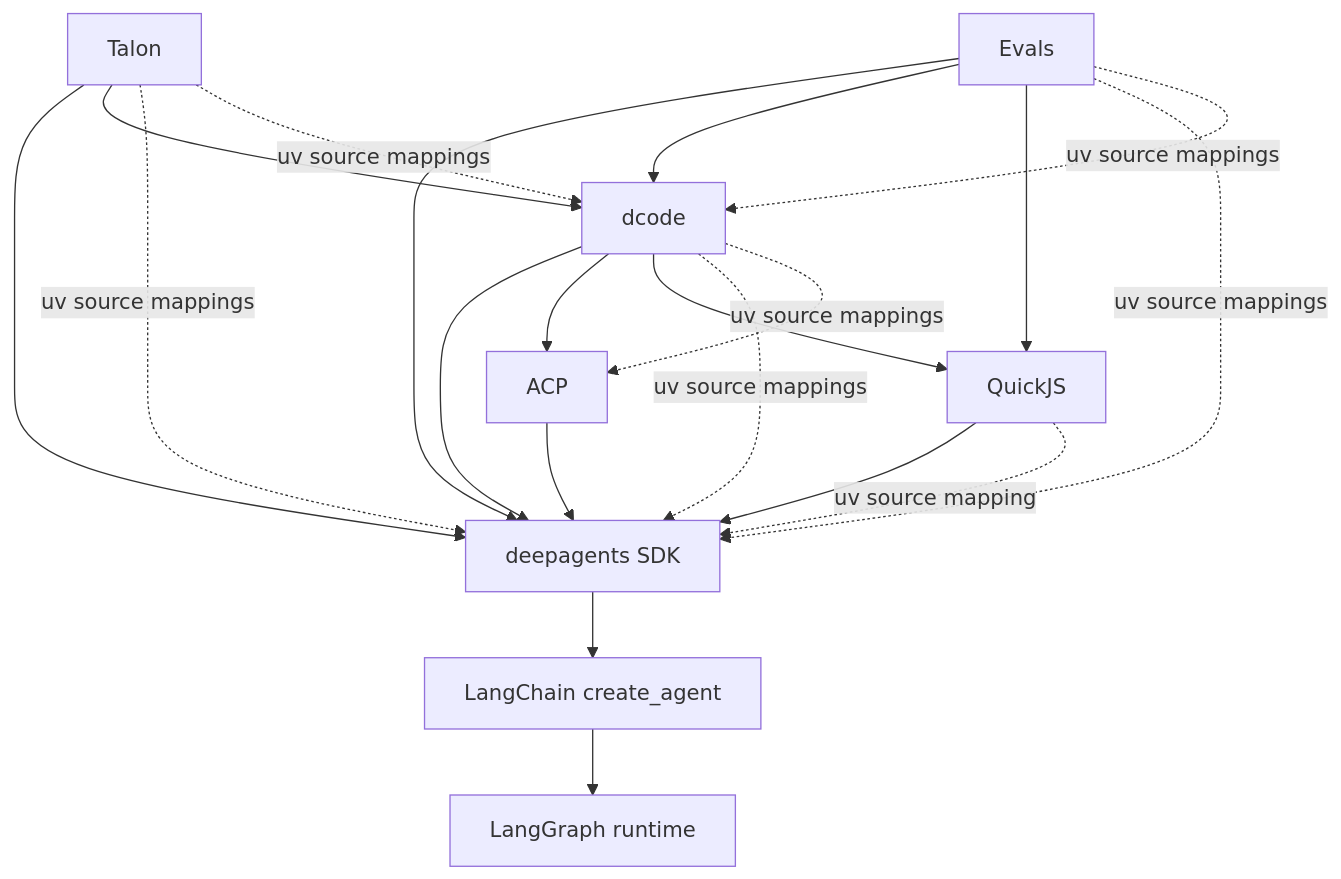
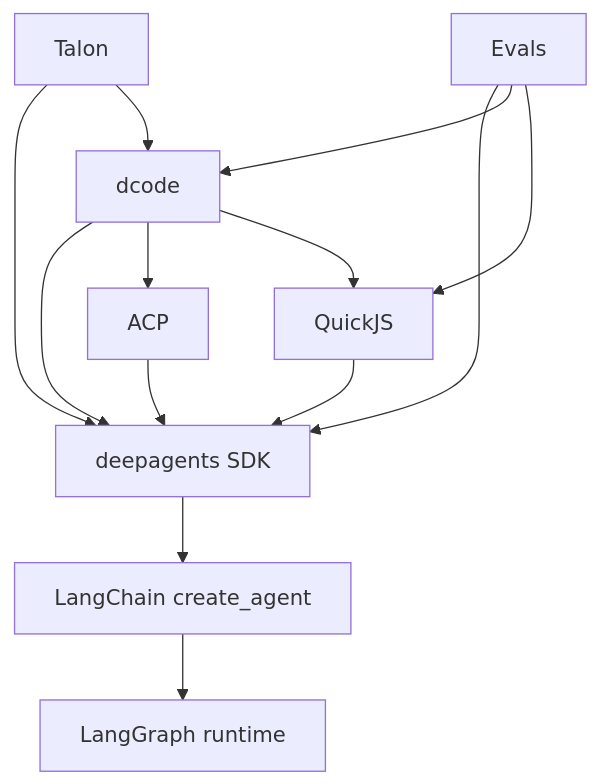
Before and after one commit to langchain-ai/deepagents: the first of 2 diagrams in openwiki/architecture/overview.md, drawn with Mermaid. The commit also changed other lines of this file and 69 other files, not shown here.

````diff
--- a/openwiki/architecture/overview.md
+++ b/openwiki/architecture/overview.md
@@ -104,22 +76,15 @@
 ```mermaid
 flowchart TD
   Dcode["dcode"] --> SDK["deepagents SDK"]
   Dcode --> ACP["ACP"]
   Dcode --> QuickJS["QuickJS"]
   ACP --> SDK
   Talon["Talon"] --> SDK
   Talon --> Dcode
   Evals["Evals"] --> SDK
   Evals --> Dcode
   Evals --> QuickJS
   QuickJS --> SDK
   SDK --> LangChain["LangChain create_agent"]
   LangChain --> LangGraph["LangGraph runtime"]
-  Dcode -. uv source mappings .-> SDK
-  Dcode -. uv source mappings .-> ACP
-  Talon -. uv source mappings .-> SDK
-  Talon -. uv source mappings .-> Dcode
-  Evals -. uv source mappings .-> SDK
-  Evals -. uv source mappings .-> Dcode
-  QuickJS -. uv source mapping .-> SDK
 ```
````
